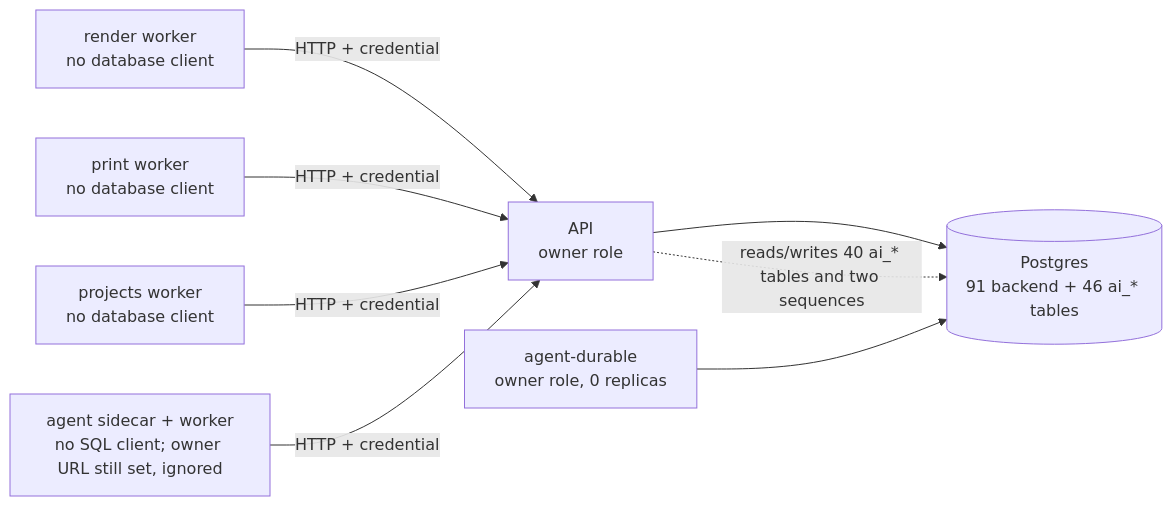
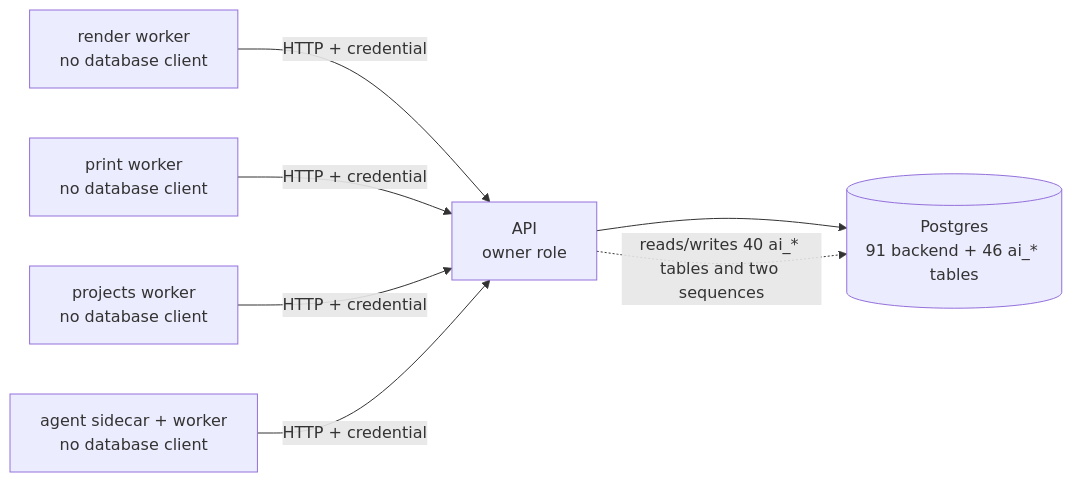
Before and after one commit to eh-homelab/ScadBuddy: the first of 2 diagrams in docs/security/trust-boundaries.md, drawn with Mermaid. The commit also changed other lines of this file and 5 other files, not shown here.

First line of the commit message:
docs: the agent holds no database secret or KEK in prod, and scadbuddy_agent is dropped (#5299)

````diff
--- a/docs/security/trust-boundaries.md
+++ b/docs/security/trust-boundaries.md
@@ -282,10 +284,9 @@
 ```mermaid
 flowchart LR
   API[API<br/>owner role] --> DB[(Postgres<br/>91 backend + 46 ai_* tables)]
   R[render worker<br/>no database client] -- HTTP + credential --> API
   P[print worker<br/>no database client] -- HTTP + credential --> API
   J[projects worker<br/>no database client] -- HTTP + credential --> API
-  A[agent sidecar + worker<br/>no SQL client; owner URL still set, ignored] -- HTTP + credential --> API
-  D[agent-durable<br/>owner role, 0 replicas] --> DB
+  A[agent sidecar + worker<br/>no database client] -- HTTP + credential --> API
   API -.reads/writes 40 ai_* tables and two sequences.-> DB
 ```
````
